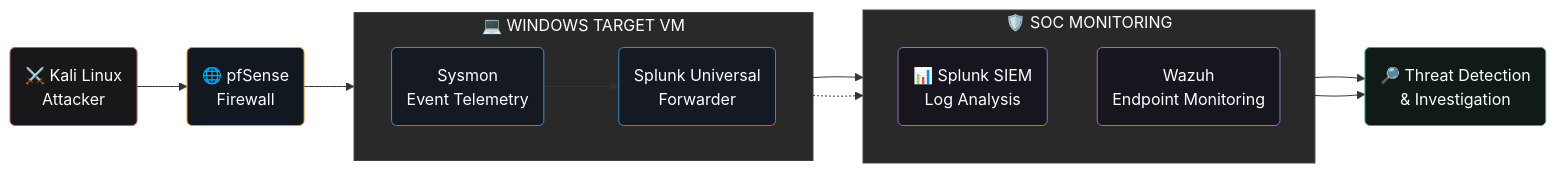
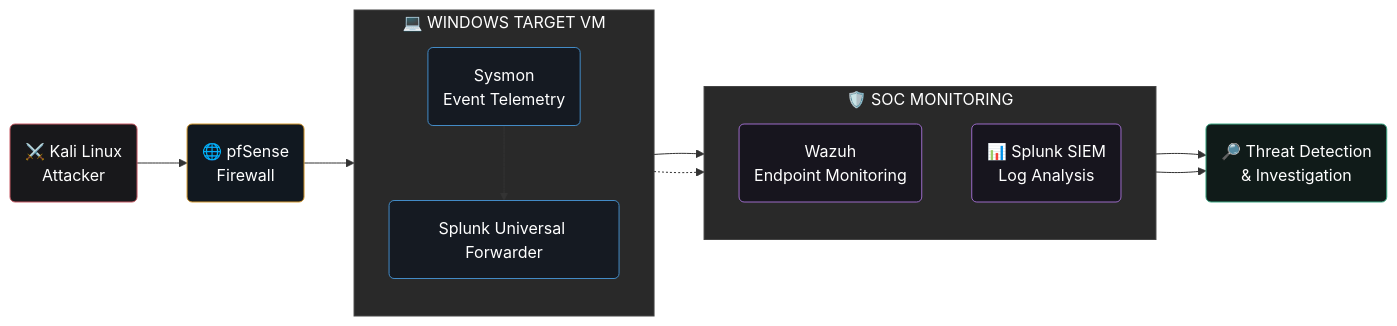
Before and after one commit to KAKishore/KAKishore: the diagram in README.md, drawn with Mermaid. The commit also changed other lines of this file, not shown here.

Commit message:
Refine SOC Home Lab Architecture Diagram

````diff
--- a/README.md
+++ b/README.md
@@ -127,42 +129,42 @@
 ```mermaid
 flowchart LR
     K("⚔️ Kali Linux<br/>Attacker")
     P("🌐 pfSense<br/>Firewall")
 
     subgraph WIN["💻 WINDOWS TARGET VM"]
-        direction LR
+        direction TB
         S("Sysmon<br/>Event Telemetry")
-        U("Splunk Universal<br/>Forwarder")
+        U("Splunk Universal Forwarder")
         S --> U
     end
 
     subgraph SOC["🛡️ SOC MONITORING"]
         direction TB
+        Z("Wazuh<br/>Endpoint Monitoring")
         SI("📊 Splunk SIEM<br/>Log Analysis")
-        Z("Wazuh<br/>Endpoint Monitoring")
     end
 
     I("🔎 Threat Detection<br/>& Investigation")
 
     K --> P
     P --> S
     U --> SI
     S -.-> Z
     SI --> I
     Z --> I
 
     classDef attacker fill:#18181B,stroke:#C65B65,color:#FFFFFF,stroke-width:1px
     classDef firewall fill:#111820,stroke:#D59A32,color:#FFFFFF,stroke-width:1px
     classDef endpoint fill:#151A22,stroke:#438BC6,color:#FFFFFF,stroke-width:1px
     classDef monitoring fill:#17151E,stroke:#9B6BC7,color:#FFFFFF,stroke-width:1px
     classDef investigation fill:#101B19,stroke:#3CA783,color:#FFFFFF,stroke-width:1px
 
     class K attacker
     class P firewall
     class S,U endpoint
     class SI,Z monitoring
     class I investigation
 
     style WIN fill:#292929,stroke:#444444,color:#FFFFFF
     style SOC fill:#292929,stroke:#444444,color:#FFFFFF
 ```
````
